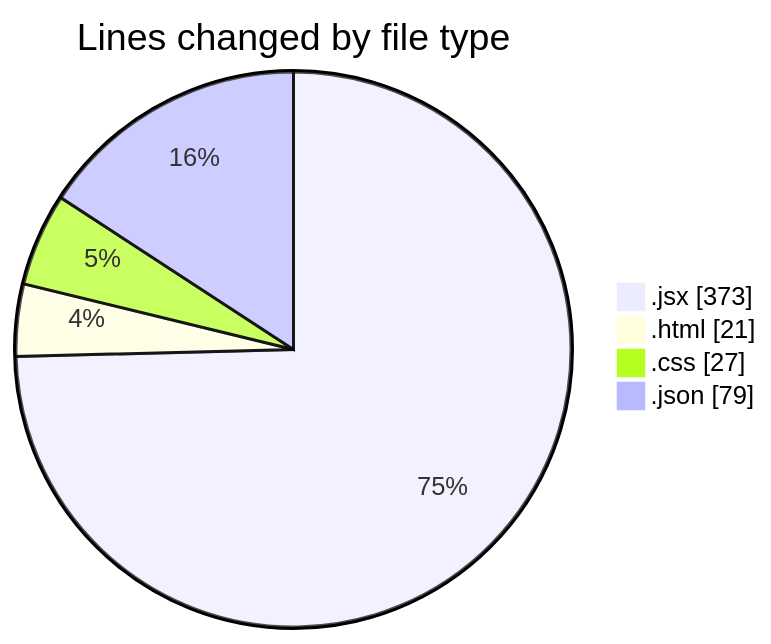
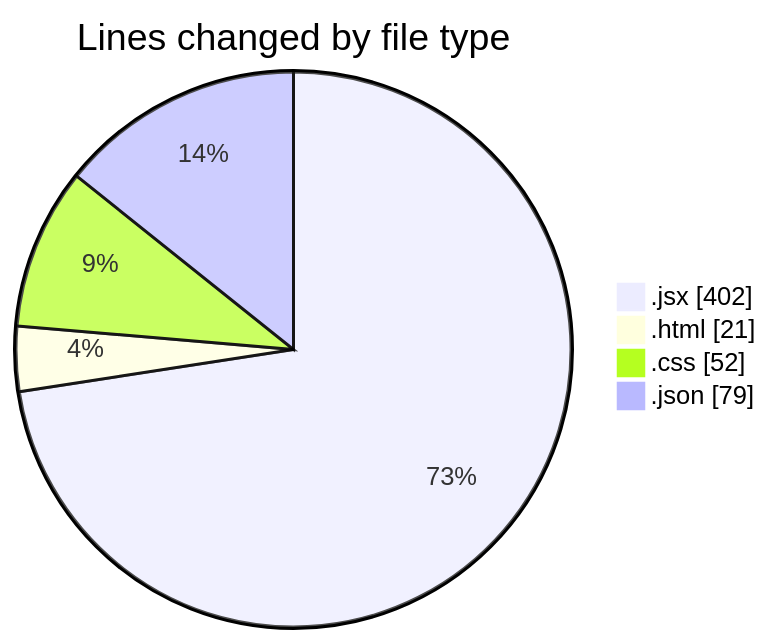
Before and after one commit to Elitesun/code-tracking: the first of 2 diagrams in 2025-02-13/elitegpt/README.md, drawn with Mermaid. The commit also changed other lines of this file and 1 other file, not shown here.

````diff
--- a/2025-02-13/elitegpt/README.md
+++ b/2025-02-13/elitegpt/README.md
@@ -27,8 +27,8 @@
 ```mermaid
 pie showData
 title Lines changed by file type
-".jsx" : 373
+".jsx" : 402
 ".html" : 21
-".css" : 27
+".css" : 52
 ".json" : 79
 ```
````
